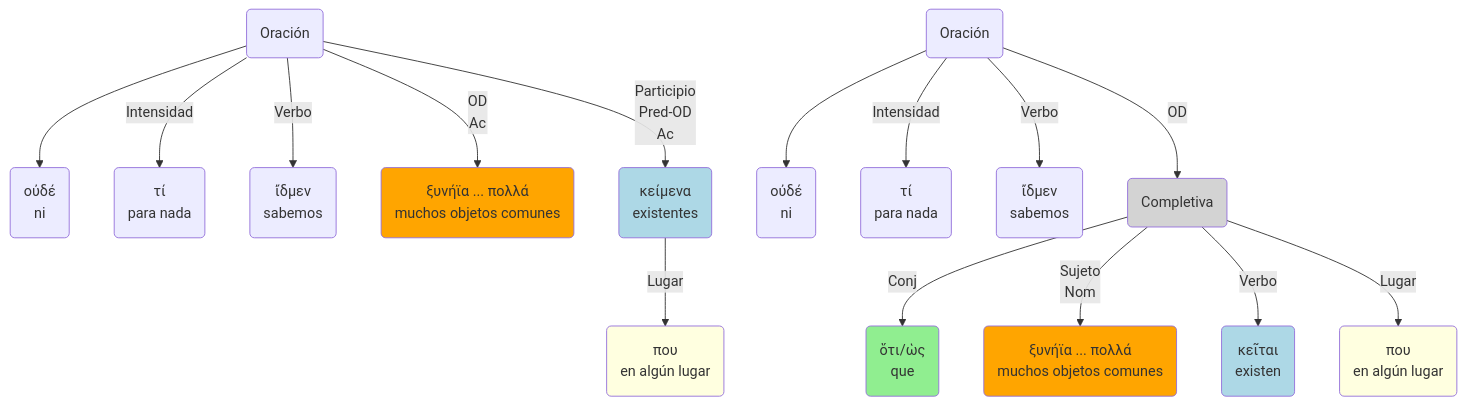
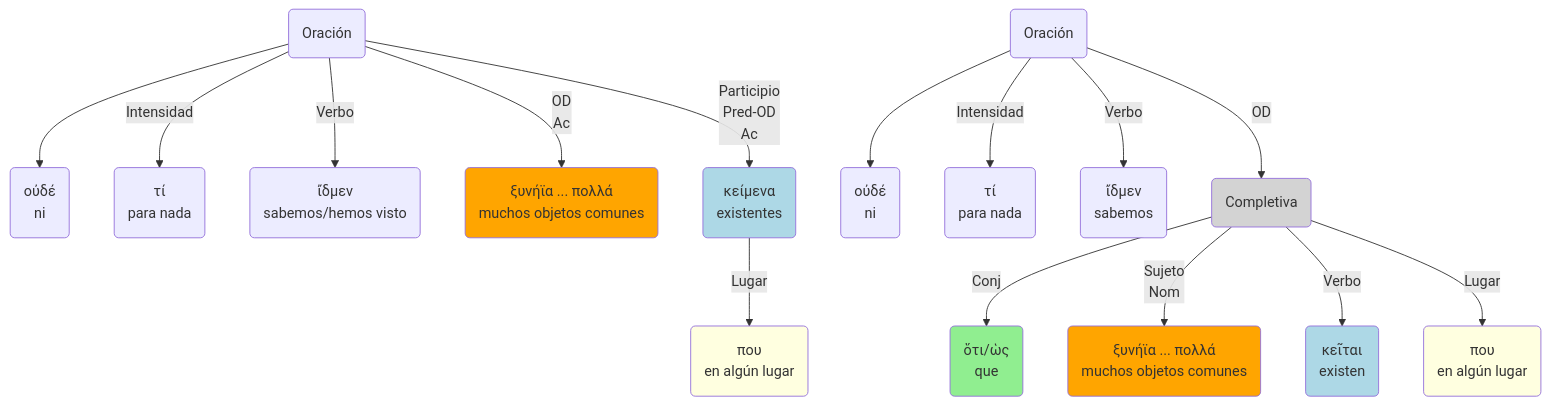
The ninth of 11 diagrams in docs/textos_02.md (pajaro1966/Asignaturas), drawn with Mermaid before and after one commit. The commit also changed other lines of this file and 75 other files, not shown here.

````diff
--- a/docs/textos_02.md
+++ b/docs/textos_02.md
@@ -730,34 +730,34 @@
     ```mermaid
     graph TB
     A("Oración")
     A-->B("οὐδέ<br>ni")
     A-->|"Intensidad"|C("τί<br>para nada")
-    A-->|"Verbo"|E("ἴδμεν<br>sabemos")
+    A-->|"Verbo"|E("ἴδμεν<br>sabemos/hemos visto")
     A-->|"OD<br>Ac"|F("ξυνήϊα ... πολλά<br>muchos objetos comunes")
     A-->|"Participio<br>Pred-OD<br>Ac"|G("κείμενα<br>existentes")
     G-->|"Lugar"|D("που<br>en algún lugar")
         
     H("Oración")
     H-->I("οὐδέ<br>ni")
     H-->|"Intensidad"|J("τί<br>para nada")
     H-->|"Verbo"|L("ἴδμεν<br>sabemos")
     H-->|"OD"|M("Completiva")
     M-->|"Conj"|N("ὅτι/ὡς<br>que")
     M-->|"Sujeto<br>Nom"|O("ξυνήϊα ... πολλά<br>muchos objetos comunes")
     M-->|"Verbo"|Q("κεῖται<br>existen")
     M-->|"Lugar"|K("που<br>en algún lugar")
     
     F:::SN
     G:::VERB
     N:::CONJ
     O:::SN
     Q:::VERB
     D:::ADV
     K:::ADV
     M:::SUB
     classDef SN fill:orange
     classDef VERB fill:lightblue
     classDef CONJ fill:lightgreen
     classDef ADV fill:lightyellow
     classDef SUB fill:lightgray
     ```
````
